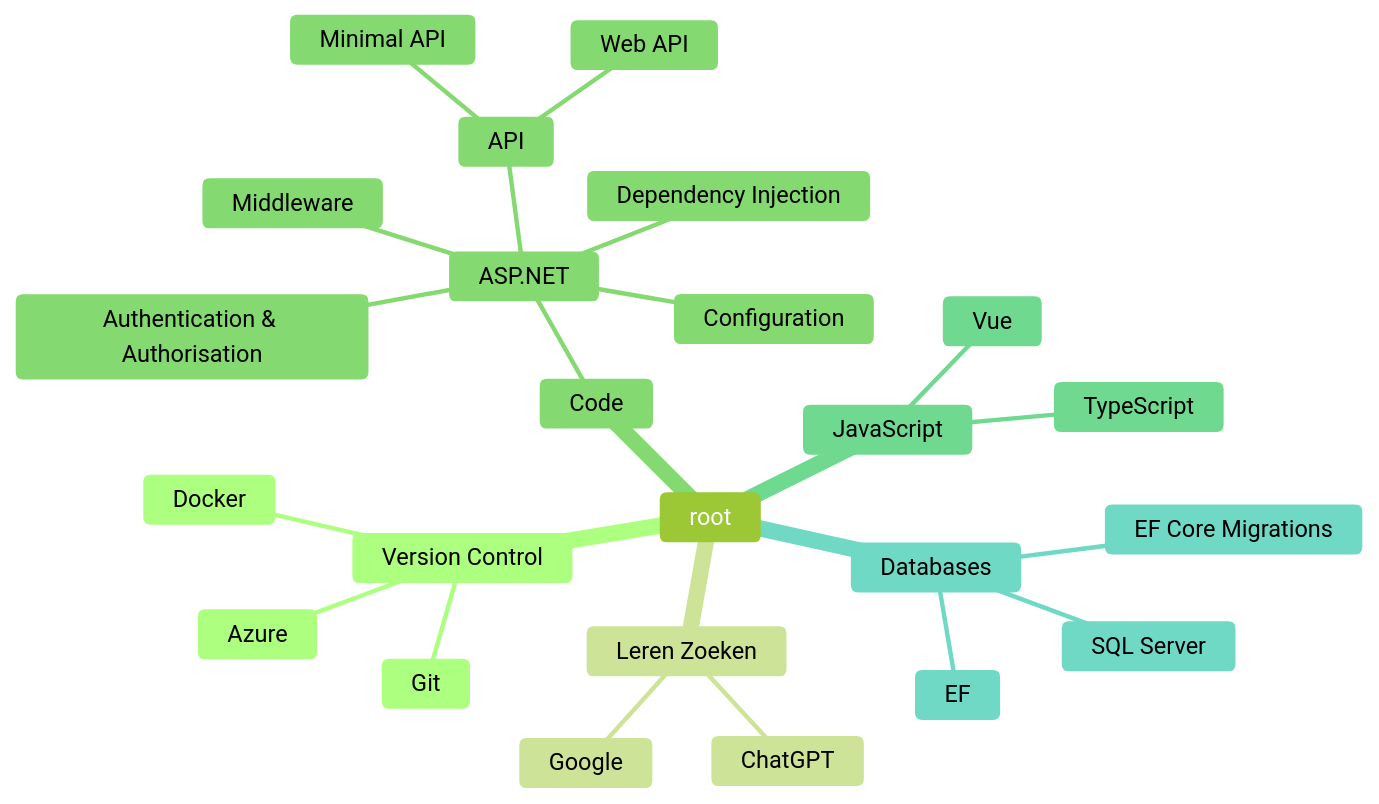
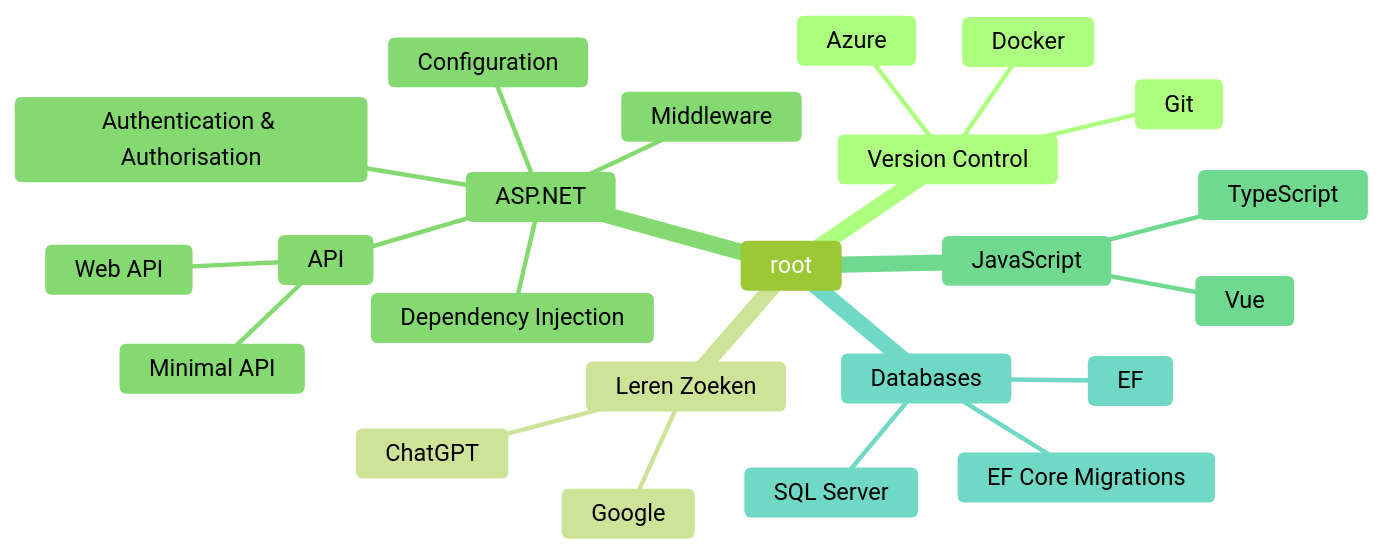
The second of 2 diagrams in README.md (Jolntie/POP), drawn with Mermaid (forest theme) before and after one commit.

````diff
--- a/README.md
+++ b/README.md
@@ -11,27 +11,26 @@
 ```mermaid
 mindmap
         root
                 Version Control
                         Git
                         Docker
                         Azure
                 Leren Zoeken
                         ChatGPT
                         Google
-                Code
-                        ASP.NET
-                                Middleware
-                                Dependency Injection
-                                Configuration
-                                Authentication & Authorisation
-                                API
-                                        Web API
-                                        Minimal API
+                ASP.NET
+                        Middleware
+                        Dependency Injection
+                        Configuration
+                        Authentication & Authorisation
+                        API
+                                Web API
+                                Minimal API
                 JavaScript
                         Vue
                         TypeScript
                 Databases
                         SQL Server
                         EF
                         EF Core Migrations
 ```
````
